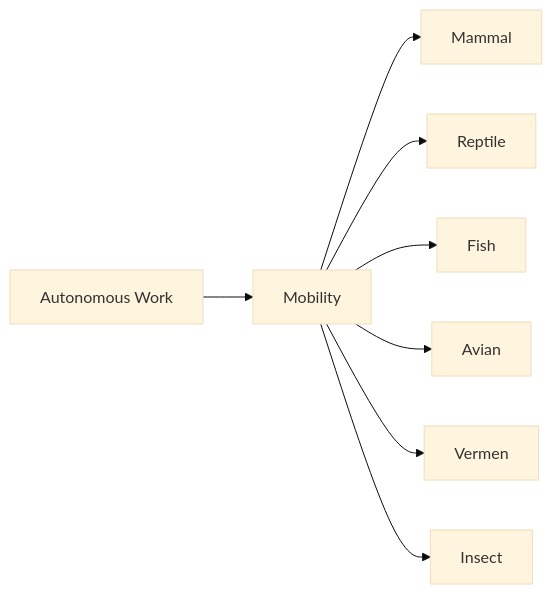
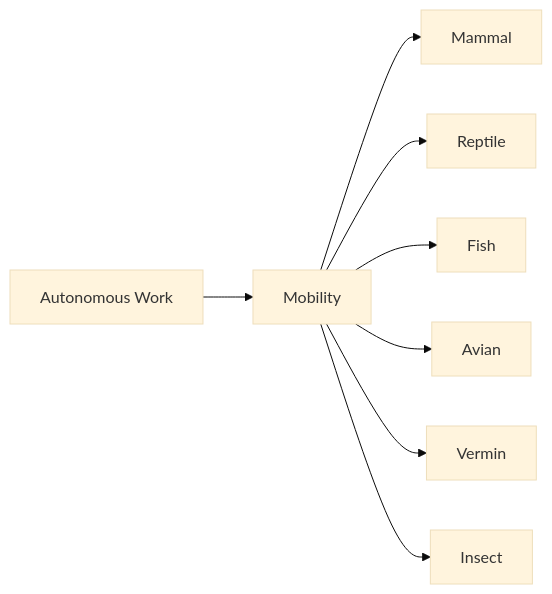
One commit to RagtimeGal/quartz--encyclopedia-mysenvaria changed the third of 3 diagrams in content/Encyclopedia Mysenvaria/Culture/Sciences & Technologies/Scientific Theories & Laws/Evolutionary Classification.md. Above: the diagram before and after it, drawn with Mermaid (base theme). The commit also changed other lines of this file and 14 other files, not shown here.

````diff
--- a/content/Encyclopedia Mysenvaria/Culture/Sciences & Technologies/Scientific Theories & Laws/Evolutionary Classification.md
+++ b/content/Encyclopedia Mysenvaria/Culture/Sciences & Technologies/Scientific Theories & Laws/Evolutionary Classification.md
@@ -46,11 +46,11 @@
 ```mermaid
 graph LR
 Taxa[Autonomous Work]
 Taxa-->Taxa2[Mobility]
 Taxa2-->Taxa21[Mammal]
 Taxa2-->Taxa22[Reptile]
 Taxa2-->Taxa23[Fish]
 Taxa2-->Taxa24[Avian]
-Taxa2-->Taxa25[Vermen]
+Taxa2-->Taxa25[Vermin]
 Taxa2-->Taxa26[Insect]
 ```
````
